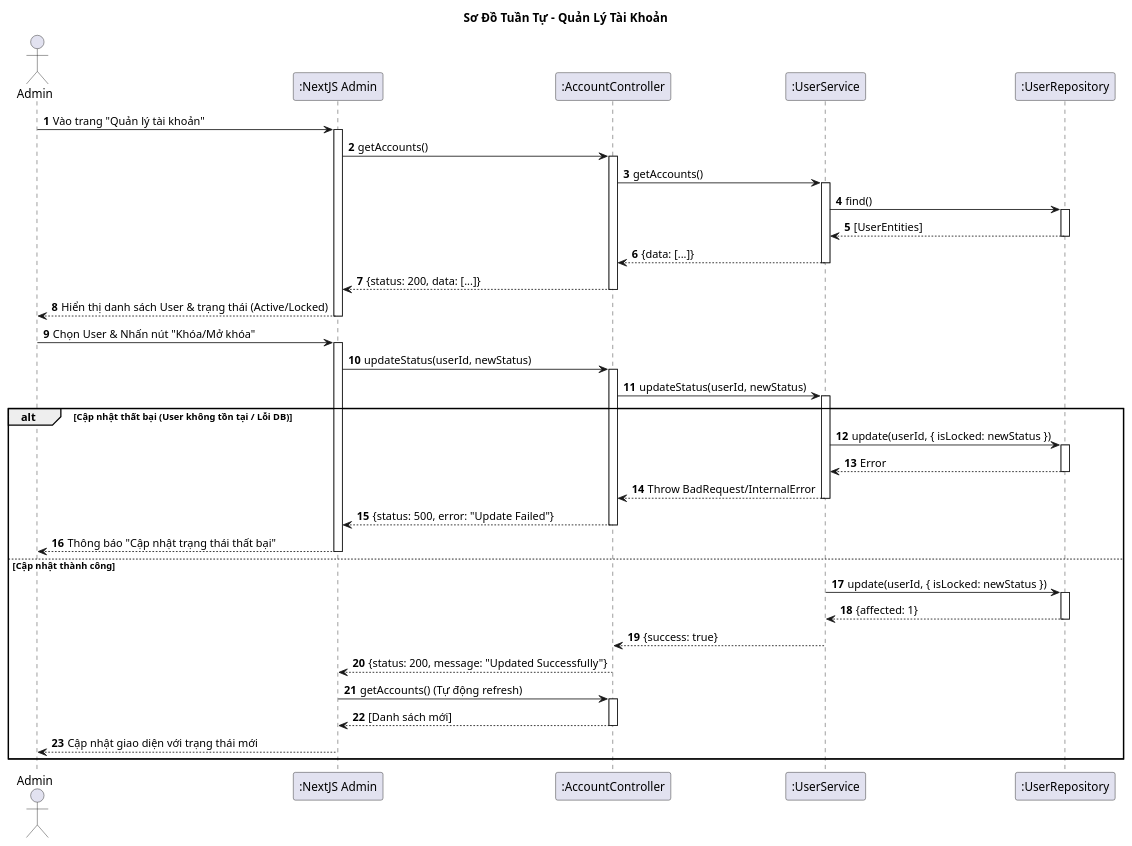
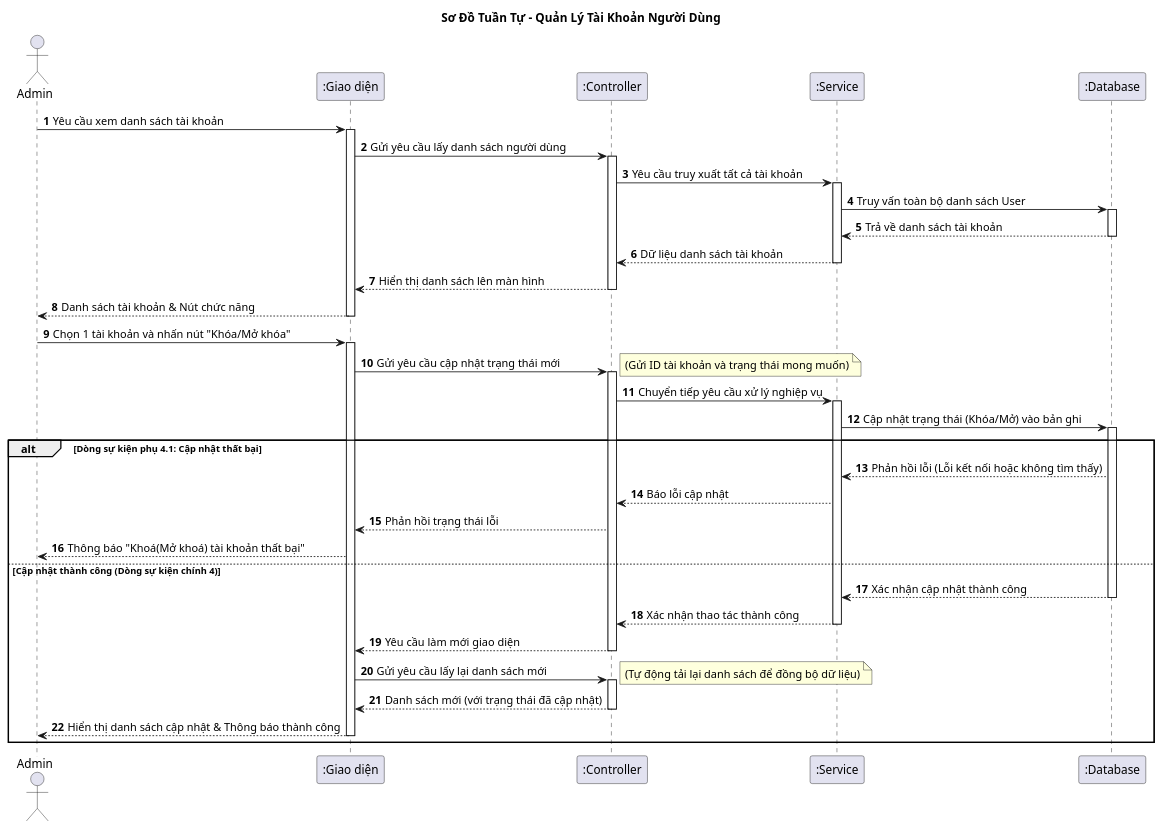
One commit to vinh047/soundwave changed the diagram in Diagrams/SequenceDiagram/ManageAccountSD.plantuml. Above: the diagram before and after it, drawn with PlantUML. The commit also changed 37 other files, not shown here.

Commit message:
Sừa BFD, Usecase, Đặc tả, Sequence, Class

```diff
--- a/Diagrams/SequenceDiagram/ManageAccountSD.plantuml
+++ b/Diagrams/SequenceDiagram/ManageAccountSD.plantuml
@@ -1,84 +1,74 @@
-@startuml Sequence Diagram - Quản Lý Tài Khoản 
+@startuml Sequence Diagram - Quản Lý Tài Khoản (Thông điệp)
 
-title Sơ Đồ Tuần Tự - Quản Lý Tài Khoản 
+title Sơ Đồ Tuần Tự - Quản Lý Tài Khoản Người Dùng
 
 actor "Admin" as Admin
-participant ":NextJS Admin" as UI
-participant ":AccountController" as Controller
-participant ":UserService" as Service
-participant ":UserRepository" as DB
+participant ":Giao diện" as UI
+participant ":Controller" as Controller
+participant ":Service" as Service
+participant ":Database" as DB
 
 autonumber
 
-' === BƯỚC 1: TẢI DANH SÁCH ===
-Admin -> UI: Vào trang "Quản lý tài khoản"
+' === BƯỚC 1 & 2: TẢI DANH SÁCH ===
+Admin -> UI: Yêu cầu xem danh sách tài khoản
 activate UI
-UI -> Controller: getAccounts()
+UI -> Controller: Gửi yêu cầu lấy danh sách người dùng
 activate Controller
-Controller -> Service: getAccounts()
+Controller -> Service: Yêu cầu truy xuất tất cả tài khoản
 activate Service
 
-Service -> DB: find()
+Service -> DB: Truy vấn toàn bộ danh sách User
 activate DB
-DB --> Service: [UserEntities]
+DB --> Service: Trả về danh sách tài khoản
 deactivate DB
 
-Service --> Controller: {data: [...]}
+Service --> Controller: Dữ liệu danh sách tài khoản
 deactivate Service
-Controller --> UI: {status: 200, data: [...]}
+Controller --> UI: Hiển thị danh sách lên màn hình
 deactivate Controller
-UI --> Admin: Hiển thị danh sách User & trạng thái (Active/Locked)
+UI --> Admin: Danh sách tài khoản & Nút chức năng
 deactivate UI
 
-' === BƯỚC 2: THAY ĐỔI TRẠNG THÁI (KHÓA / MỞ KHÓA) ===
-' Use case nói: Khóa hoặc Mở khóa -> Ta dùng tham số status để đại diện cả 2
-Admin -> UI: Chọn User & Nhấn nút "Khóa/Mở khóa"
+' === BƯỚC 3: ADMIN THỰC HIỆN KHÓA/MỞ KHÓA ===
+Admin -> UI: Chọn 1 tài khoản và nhấn nút "Khóa/Mở khóa"
 activate UI
 
-' Gửi status ngược lại với hiện tại (VD: đang Active -> gửi Locked)
-UI -> Controller: updateStatus(userId, newStatus)
+UI -> Controller: Gửi yêu cầu cập nhật trạng thái mới
 activate Controller
+note right: (Gửi ID tài khoản và trạng thái mong muốn)
 
-Controller -> Service: updateStatus(userId, newStatus)
+Controller -> Service: Chuyển tiếp yêu cầu xử lý nghiệp vụ
 activate Service
 
-' === BƯỚC 3: CẬP NHẬT DB ===
-alt Cập nhật thất bại (User không tồn tại / Lỗi DB)
-    Service -> DB: update(userId, { isLocked: newStatus })
-    activate DB
-    DB --> Service: Error
+' === BƯỚC 4: GHI NHẬN VÀO CSDL ===
+Service -> DB: Cập nhật trạng thái (Khóa/Mở) vào bản ghi
+activate DB
+
+alt Dòng sự kiện phụ 4.1: Cập nhật thất bại
+    DB --> Service: Phản hồi lỗi (Lỗi kết nối hoặc không tìm thấy)
+    Service --> Controller: Báo lỗi cập nhật
+    Controller --> UI: Phản hồi trạng thái lỗi
+    UI --> Admin: Thông báo "Khoá(Mở khoá) tài khoản thất bại"
+
+else Cập nhật thành công (Dòng sự kiện chính 4)
+    DB --> Service: Xác nhận cập nhật thành công
     deactivate DB
     
-    Service --> Controller: Throw BadRequest/InternalError
+    Service --> Controller: Xác nhận thao tác thành công
     deactivate Service
-    Controller --> UI: {status: 500, error: "Update Failed"}
+    
+    ' === BƯỚC 5: CẬP NHẬT DANH SÁCH ===
+    Controller --> UI: Yêu cầu làm mới giao diện
     deactivate Controller
     
-    UI --> Admin: Thông báo "Cập nhật trạng thái thất bại"
-    deactivate UI
-
-else Cập nhật thành công
-    Service -> DB: update(userId, { isLocked: newStatus })
-    activate DB
-    DB --> Service: {affected: 1}
-    deactivate DB
-    
-    Service --> Controller: {success: true}
-    deactivate Service
-    
-    ' === BƯỚC 4: LÀM MỚI DỮ LIỆU ===
-    ' Cách tối ưu: Trả về success, Client tự reload hoặc update state
-    Controller --> UI: {status: 200, message: "Updated Successfully"}
+    UI -> Controller: Gửi yêu cầu lấy lại danh sách mới
+    activate Controller
+    note right: (Tự động tải lại danh sách để đồng bộ dữ liệu)
+    Controller --> UI: Danh sách mới (với trạng thái đã cập nhật)
     deactivate Controller
     
-    ' Client tự động gọi lại API lấy danh sách (hoặc tự sửa UI)
-    UI -> Controller: getAccounts() (Tự động refresh)
-    activate Controller
-    ' ... (Lặp lại quy trình lấy danh sách như Bước 1) ...
-    Controller --> UI: [Danh sách mới]
-    deactivate Controller
-    
-    UI --> Admin: Cập nhật giao diện với trạng thái mới
+    UI --> Admin: Hiển thị danh sách cập nhật & Thông báo thành công
     deactivate UI
 end
 @enduml
```
